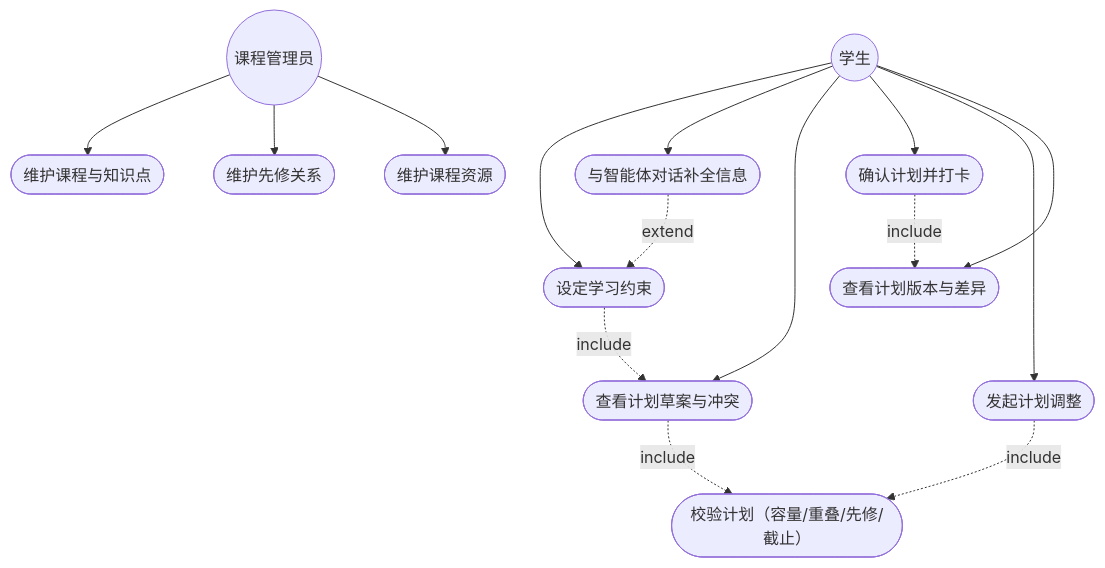
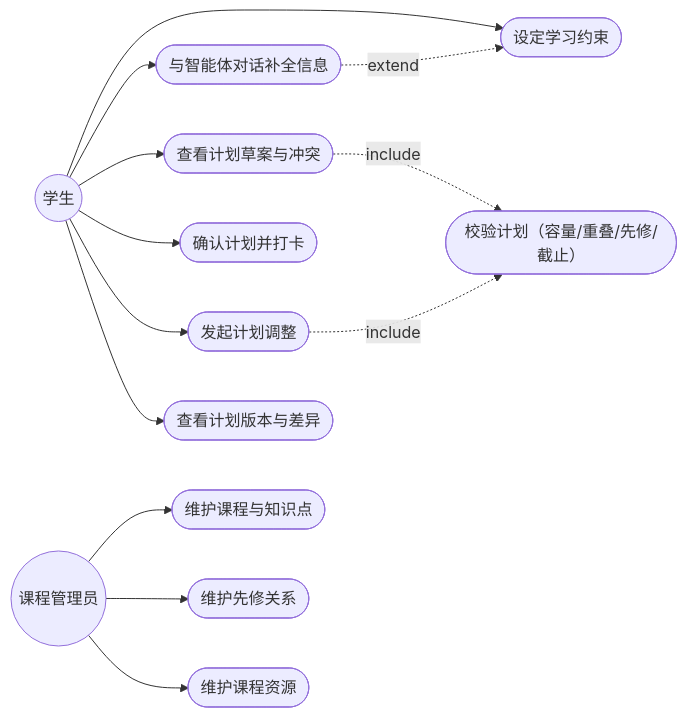
The diagram in docs/02_需求/figures/src/fig-3-3-usecase.mmd (PeiChen1215/CoursePlan), drawn with Mermaid before and after one commit. The commit also changed 16 other files, not shown here.

Commit message:
docs(D02): v2.1 补 13 张 IPO 表、新增 3.8 关键流程节、修 4 张图、表号重排

```diff
--- a/docs/02_需求/figures/src/fig-3-3-usecase.mmd
+++ b/docs/02_需求/figures/src/fig-3-3-usecase.mmd
@@ -1,20 +1,18 @@
-flowchart TB
+flowchart LR
     ST(("学生"))
     AD(("课程管理员"))
 
     ST --> UC1(["设定学习约束"])
     ST --> UC2(["与智能体对话补全信息"])
     ST --> UC3(["查看计划草案与冲突"])
     ST --> UC4(["确认计划并打卡"])
     ST --> UC5(["发起计划调整"])
     ST --> UC6(["查看计划版本与差异"])
 
     AD --> UC7(["维护课程与知识点"])
     AD --> UC8(["维护先修关系"])
     AD --> UC9(["维护课程资源"])
 
     UC2 -.->|"extend"| UC1
-    UC1 -.->|"include"| UC3
     UC3 -.->|"include"| UC10(["校验计划（容量/重叠/先修/截止）"])
     UC5 -.->|"include"| UC10
-    UC4 -.->|"include"| UC6
```
